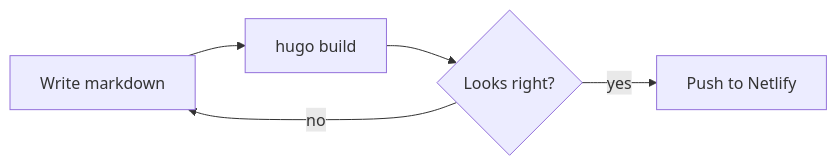
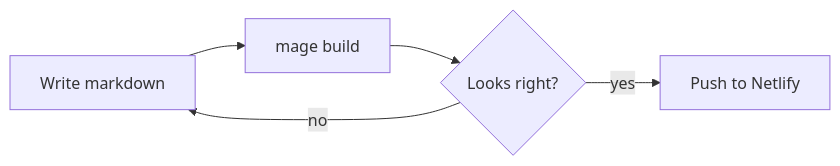
The first of 2 diagrams in content/blog/2026-10-11-styleguide.md (stevenosloan/wrkstdy-blog), drawn with Mermaid before and after one commit. The commit also changed other lines of this file, not shown here.

Commit message:
content: update the styleguide for variable fonts and mage

````diff
--- a/content/blog/2026-10-11-styleguide.md
+++ b/content/blog/2026-10-11-styleguide.md
@@ -96,7 +99,7 @@
 ```mermaid
 flowchart LR
-  write[Write markdown] --> build[hugo build]
+  write[Write markdown] --> build[mage build]
   build --> preview{Looks right?}
   preview -- yes --> ship[Push to Netlify]
   preview -- no --> write
 ```
````
